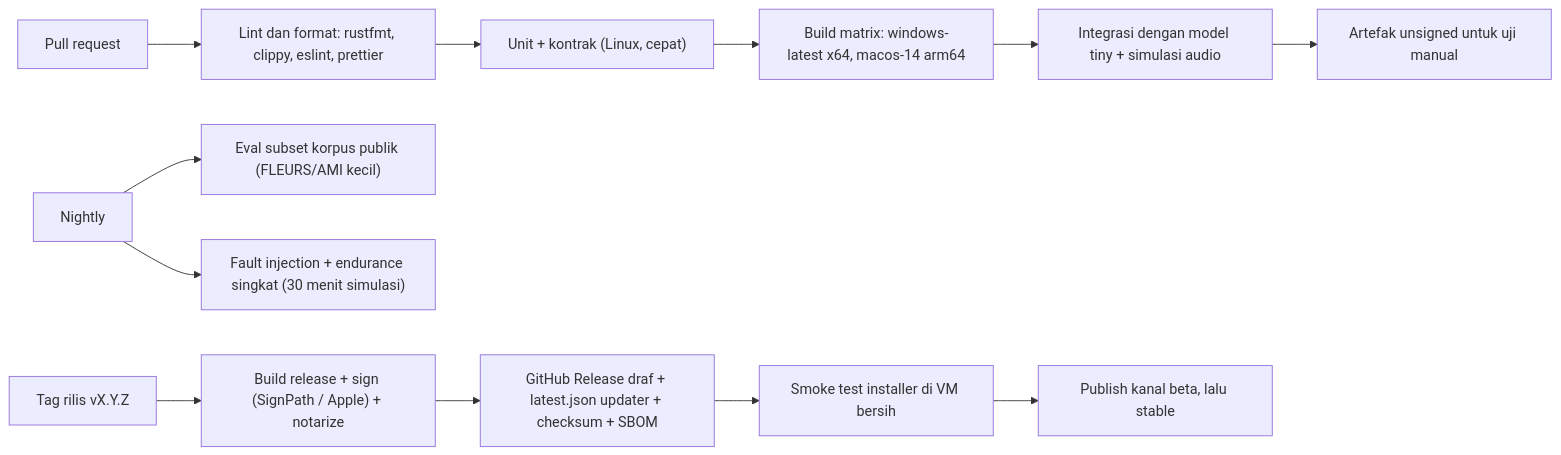
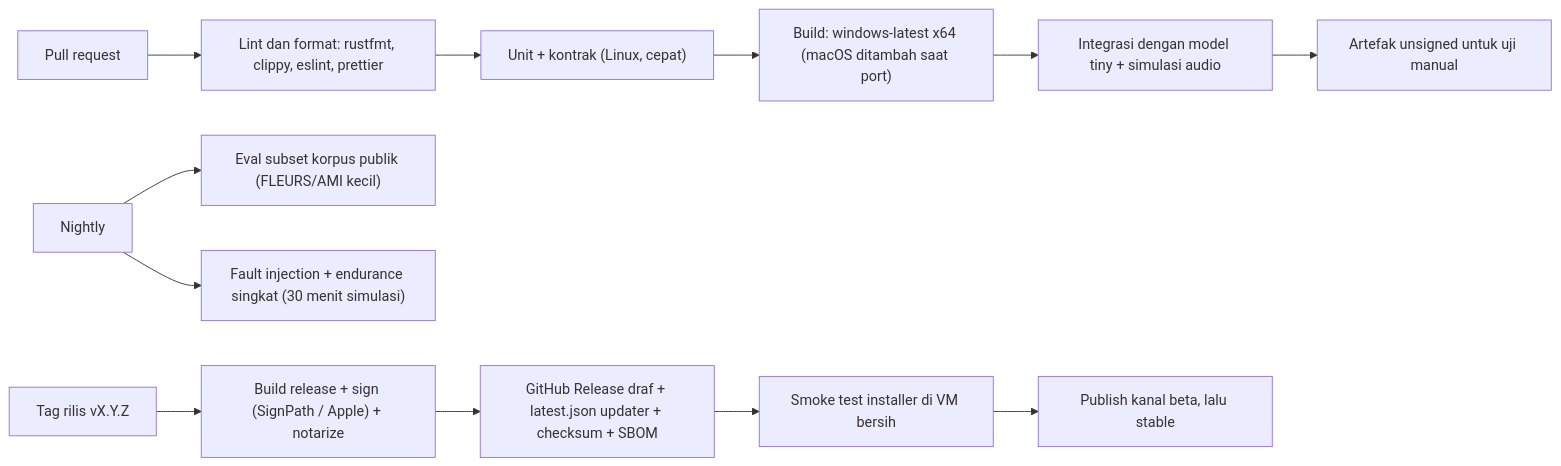
Before and after one commit to fadhiilhamizan/Recap: the diagram in docs/planning/09-risiko-dan-pengujian.md, drawn with Mermaid. The commit also changed other lines of this file and 28 other files, not shown here.

````diff
--- a/docs/planning/09-risiko-dan-pengujian.md
+++ b/docs/planning/09-risiko-dan-pengujian.md
@@ -112,14 +112,14 @@
 ```mermaid
 flowchart LR
   PR["Pull request"] --> L["Lint dan format: rustfmt, clippy, eslint, prettier"]
   L --> U["Unit + kontrak (Linux, cepat)"]
-  U --> B["Build matrix: windows-latest x64, macos-14 arm64"]
+  U --> B["Build: windows-latest x64 (macOS ditambah saat port)"]
   B --> I["Integrasi dengan model tiny + simulasi audio"]
   I --> A["Artefak unsigned untuk uji manual"]
   N["Nightly"] --> E["Eval subset korpus publik (FLEURS/AMI kecil)"]
   N --> F["Fault injection + endurance singkat (30 menit simulasi)"]
   T["Tag rilis vX.Y.Z"] --> S["Build release + sign (SignPath / Apple) + notarize"]
   S --> G["GitHub Release draf + latest.json updater + checksum + SBOM"]
   G --> M["Smoke test installer di VM bersih"]
   M --> P["Publish kanal beta, lalu stable"]
 ```
````
